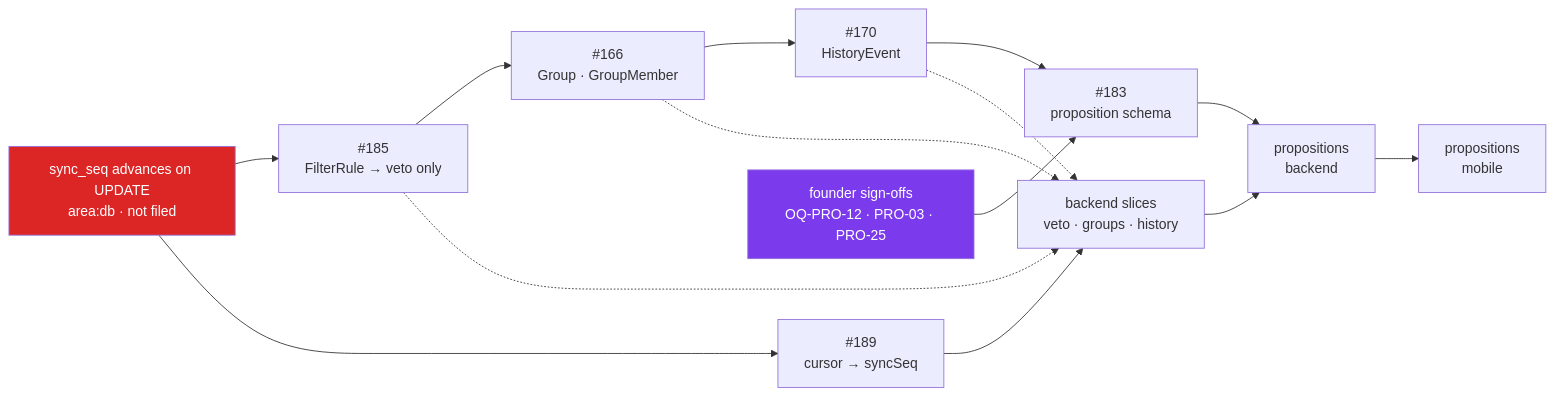
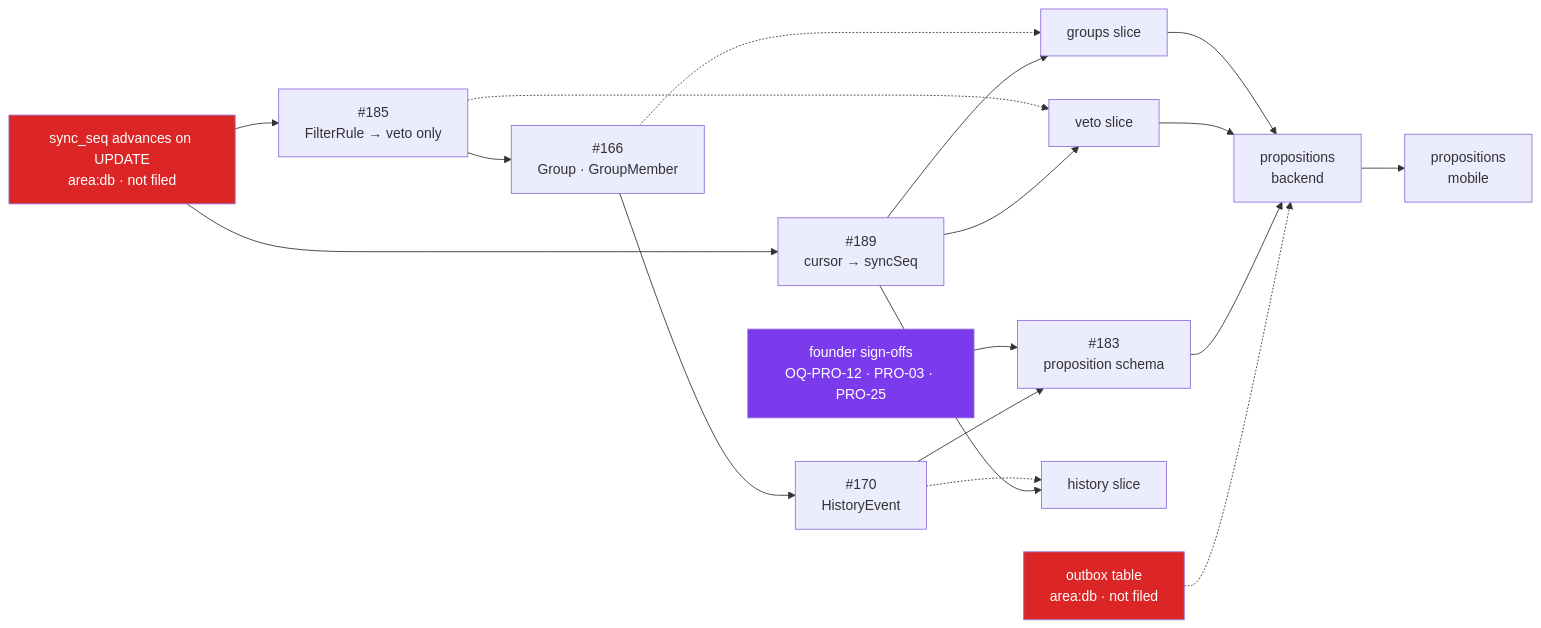
One commit to hamza-el-miqdam/swab changed the diagram in docs/ROADMAP.md. Above: the diagram before and after it, drawn with Mermaid. The commit also changed other lines of this file and 2 other files, not shown here.

Commit message:
docs(devops): fix PR #190 review findings — filter_rules, #92 placement, diagram, STATUS FLT ids
- 3a.0 trigger row now covers contact_links/contact_roles/filter_rules
- 3a.3's #170-before-#183 ordering marked a hedge, not a settled fact
- #92 (Prisma 7) moved from Phase 4 into the 3a queue, after 3a.4
- critical-path diagram no longer implies propositions depends on history;
  added the missing outbox node
- STATUS.md DB schema row: FLT-01..08 -> FLT-09, ex-FLT-01..08 (FS-06 voided
  six of those eight IDs)

````diff
--- a/docs/ROADMAP.md
+++ b/docs/ROADMAP.md
@@ -31,18 +31,23 @@
 ```mermaid
 graph LR
   T["sync_seq advances on UPDATE<br/>area:db · not filed"] --> F["#185<br/>FilterRule → veto only"]
   F --> G["#166<br/>Group · GroupMember"]
   G --> H["#170<br/>HistoryEvent"]
   H --> S["#183<br/>proposition schema"]
   T --> C["#189<br/>cursor → syncSeq"]
-  C --> R["backend slices<br/>veto · groups · history"]
-  F -.-> R
-  G -.-> R
-  H -.-> R
+  C --> V["veto slice"]
+  C --> GS["groups slice"]
+  C --> HS["history slice"]
+  F -.-> V
+  G -.-> GS
+  H -.-> HS
+  O["outbox table<br/>area:db · not filed"] -.-> P
   D["founder sign-offs<br/>OQ-PRO-12 · PRO-03 · PRO-25"] --> S
   S --> P["propositions<br/>backend"]
-  R --> P
+  V --> P
+  GS --> P
   P --> M["propositions<br/>mobile"]
   style T fill:#dc2626,color:#fff
+  style O fill:#dc2626,color:#fff
   style D fill:#7c3aed,color:#fff
 ```
````
